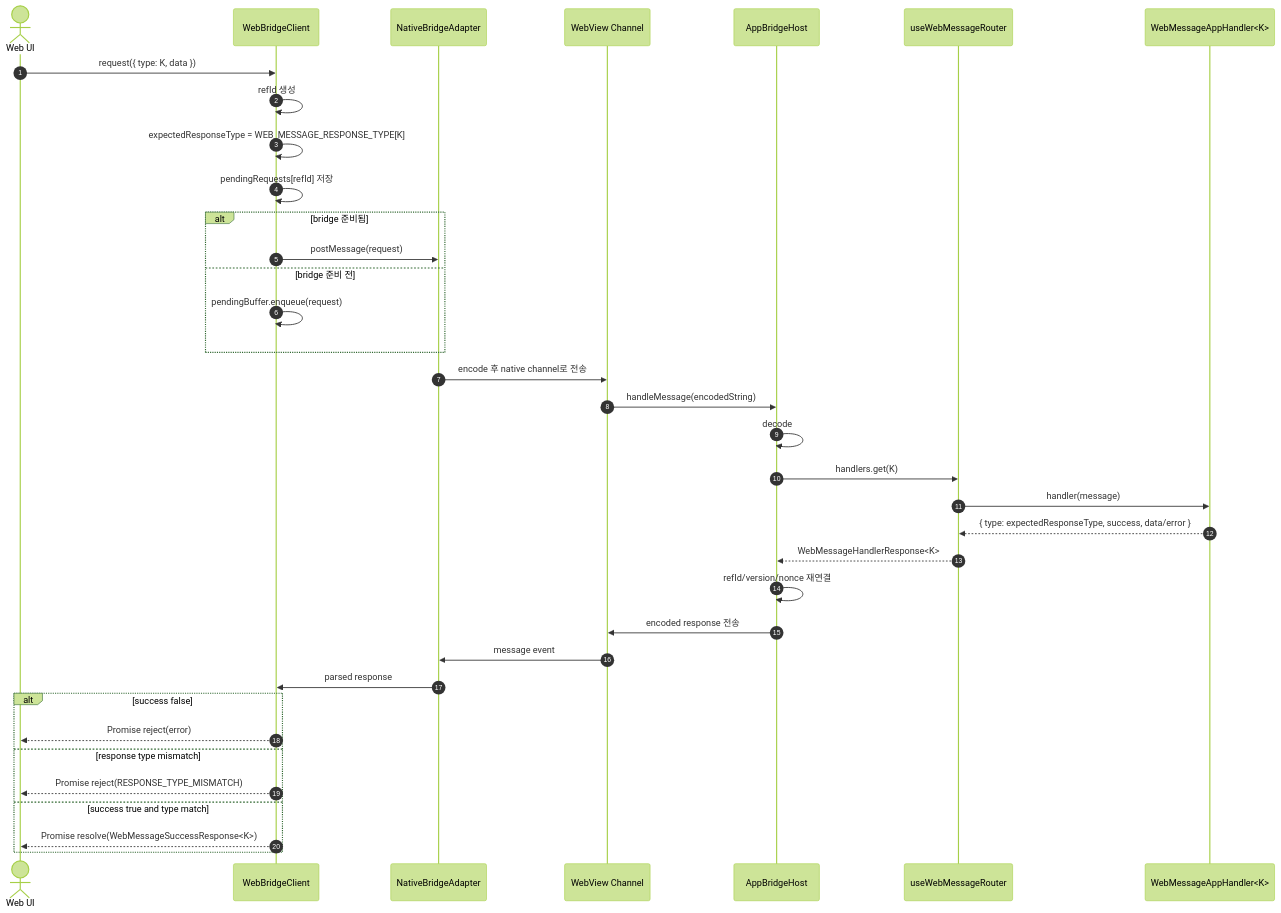
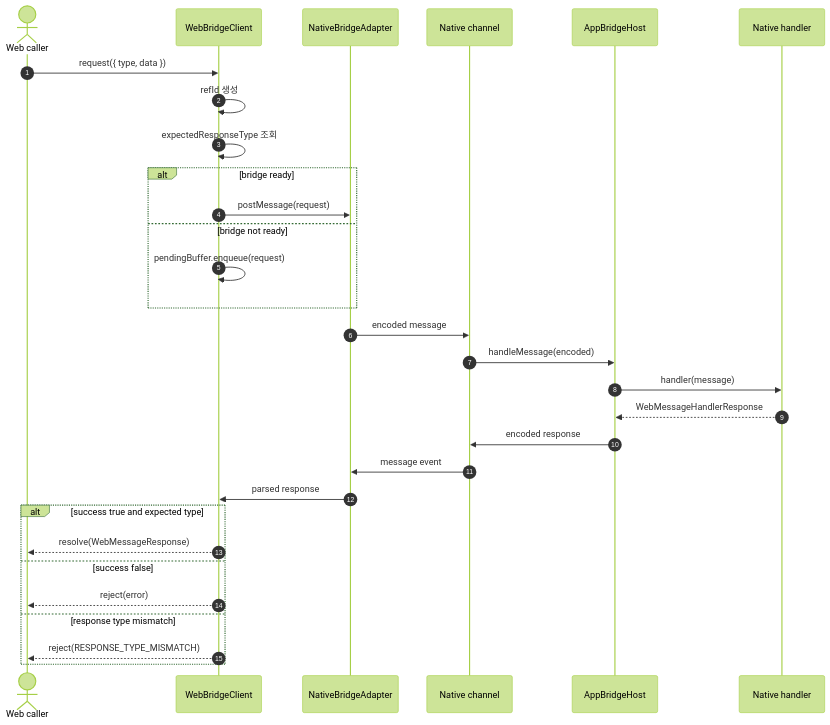
The second of 3 diagrams in libs/bridges/README.md (lemoncloud-io/dou-app), drawn with Mermaid (forest theme) before and after one commit. The commit also changed other lines of this file, not shown here.

First line of the commit message:
feat(bridges): update README with detailed architecture and simulation

````diff
--- a/libs/bridges/README.md
+++ b/libs/bridges/README.md
@@ -114,42 +188,36 @@
 ```mermaid
 sequenceDiagram
     autonumber
-    actor Web as Web UI
+    actor Caller as Web caller
     participant Client as WebBridgeClient
     participant Adapter as NativeBridgeAdapter
-    participant Channel as WebView Channel
+    participant Native as Native channel
     participant Host as AppBridgeHost
-    participant Router as useWebMessageRouter
-    participant Handler as WebMessageAppHandler<K>
+    participant Handler as Native handler
 
-    Web->>Client: request({ type: K, data })
+    Caller->>Client: request({ type, data })
     Client->>Client: refId 생성
-    Client->>Client: expectedResponseType = WEB_MESSAGE_RESPONSE_TYPE[K]
-    Client->>Client: pendingRequests[refId] 저장
+    Client->>Client: expectedResponseType 조회
 
-    alt bridge 준비됨
+    alt bridge ready
         Client->>Adapter: postMessage(request)
-    else bridge 준비 전
+    else bridge not ready
         Client->>Client: pendingBuffer.enqueue(request)
     end
 
-    Adapter->>Channel: encode 후 native channel로 전송
-    Channel->>Host: handleMessage(encodedString)
-    Host->>Host: decode
-    Host->>Router: handlers.get(K)
-    Router->>Handler: handler(message)
-    Handler-->>Router: { type: expectedResponseType, success, data/error }
-    Router-->>Host: WebMessageHandlerResponse<K>
-    Host->>Host: refId/version/nonce 재연결
-    Host->>Channel: encoded response 전송
-    Channel->>Adapter: message event
+    Adapter->>Native: encoded message
+    Native->>Host: handleMessage(encoded)
+    Host->>Handler: handler(message)
+    Handler-->>Host: WebMessageHandlerResponse
+    Host->>Native: encoded response
+    Native->>Adapter: message event
     Adapter->>Client: parsed response
 
-    alt success false
-        Client-->>Web: Promise reject(error)
+    alt success true and expected type
+        Client-->>Caller: resolve(WebMessageResponse)
+    else success false
+        Client-->>Caller: reject(error)
     else response type mismatch
-        Client-->>Web: Promise reject(RESPONSE_TYPE_MISMATCH)
-    else success true and type match
-        Client-->>Web: Promise resolve(WebMessageSuccessResponse<K>)
+        Client-->>Caller: reject(RESPONSE_TYPE_MISMATCH)
     end
 ```
````
